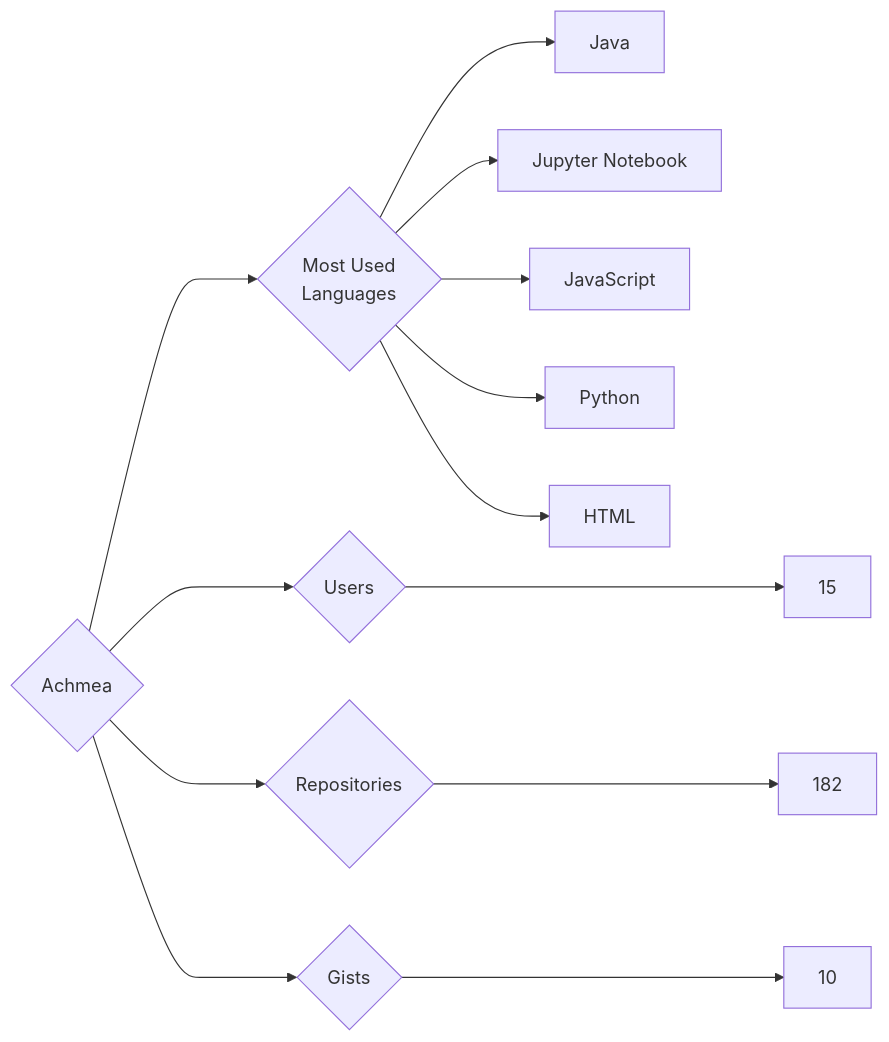
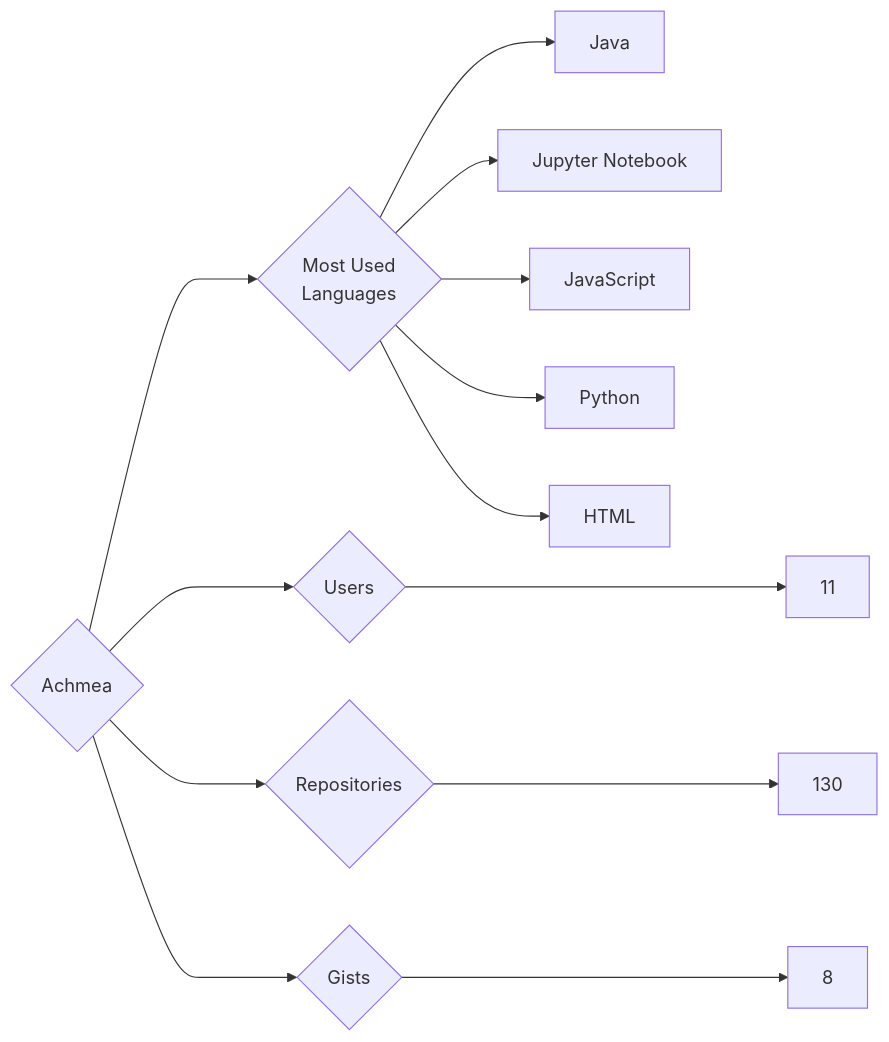
One commit to trickest/insiders changed the diagram in targets/Achmea/README.md. Above: the diagram before and after it, drawn with Mermaid. The commit also changed 899 other files, not shown here.

````diff
--- a/targets/Achmea/README.md
+++ b/targets/Achmea/README.md
@@ -3,13 +3,13 @@
 ```mermaid
 graph LR
 COMPANY_NAME{Achmea}
-COMPANY_NAME ---> U{Users} ---> UN[15]
-COMPANY_NAME ---> R{Repositories} ---> RN[182]
-COMPANY_NAME ---> G{Gists} ---> GN[10]
+COMPANY_NAME ---> U{Users} ---> UN[11]
+COMPANY_NAME ---> R{Repositories} ---> RN[130]
+COMPANY_NAME ---> G{Gists} ---> GN[8]
 COMPANY_NAME ---> ML{Most Used<br>Languages}
 ML --> Java[Java]
 ML --> Jupyter_Notebook[Jupyter Notebook]
 ML --> JavaScript[JavaScript]
 ML --> Python[Python]
 ML --> HTML[HTML]
 ```
````
